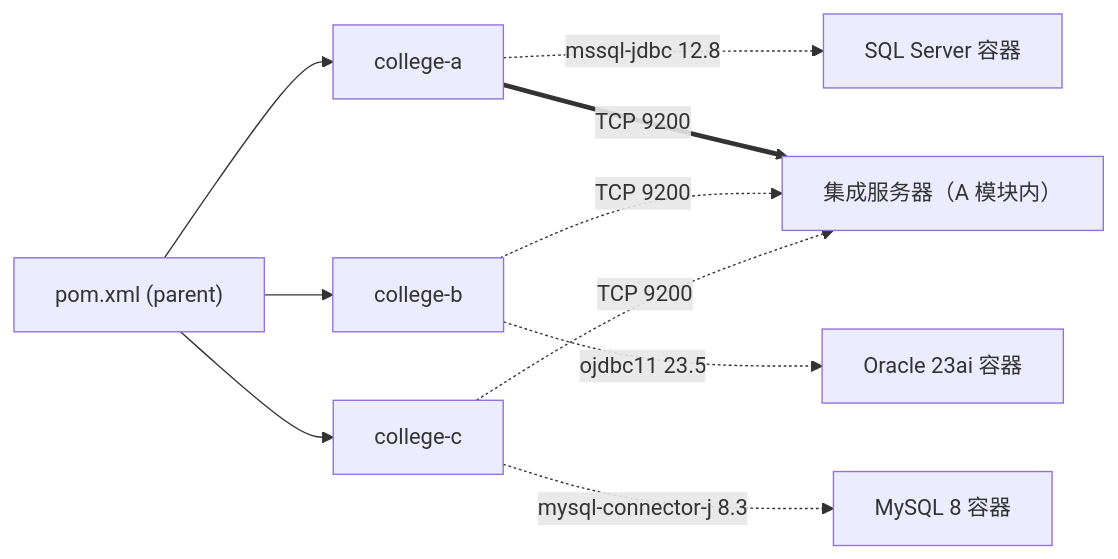
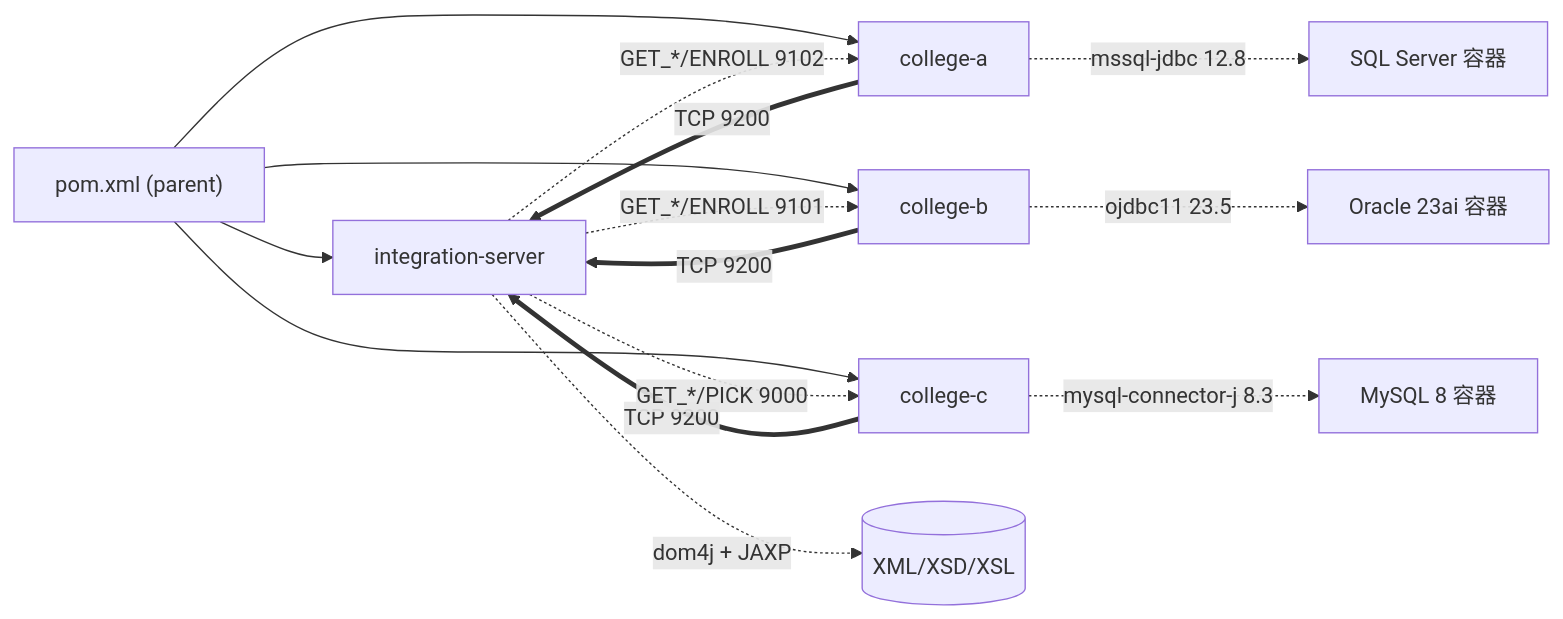
Before and after one commit to Yaelnju/integrated-edu: the fifth of 9 diagrams in docs/报告.md, drawn with Mermaid. The commit also changed other lines of this file and 42 other files, not shown here.

````diff
--- a/docs/报告.md
+++ b/docs/报告.md
@@ -223,12 +311,17 @@
 ```mermaid
 flowchart LR
-    parent["pom.xml (parent)"] --> A_mod["college-a"]
+    parent["pom.xml (parent)"] --> IS_mod["integration-server"]
+    parent --> A_mod["college-a"]
     parent --> B_mod["college-b"]
     parent --> C_mod["college-c"]
     A_mod -.->|mssql-jdbc 12.8| sqlserver["SQL Server 容器"]
     B_mod -.->|ojdbc11 23.5| oracle["Oracle 23ai 容器"]
     C_mod -.->|mysql-connector-j 8.3| mysql["MySQL 8 容器"]
-    A_mod ==>|TCP 9200| IS["集成服务器（A 模块内）"]
-    B_mod -. TCP 9200 .-> IS
-    C_mod -. TCP 9200 .-> IS
+    IS_mod -.->|dom4j + JAXP| xml[("XML/XSD/XSL")]
+    A_mod ==>|TCP 9200| IS_mod
+    B_mod ==>|TCP 9200| IS_mod
+    C_mod ==>|TCP 9200| IS_mod
+    IS_mod -. GET_*/ENROLL 9102 .-> A_mod
+    IS_mod -. GET_*/ENROLL 9101 .-> B_mod
+    IS_mod -. GET_*/PICK 9000 .-> C_mod
 ```
````
